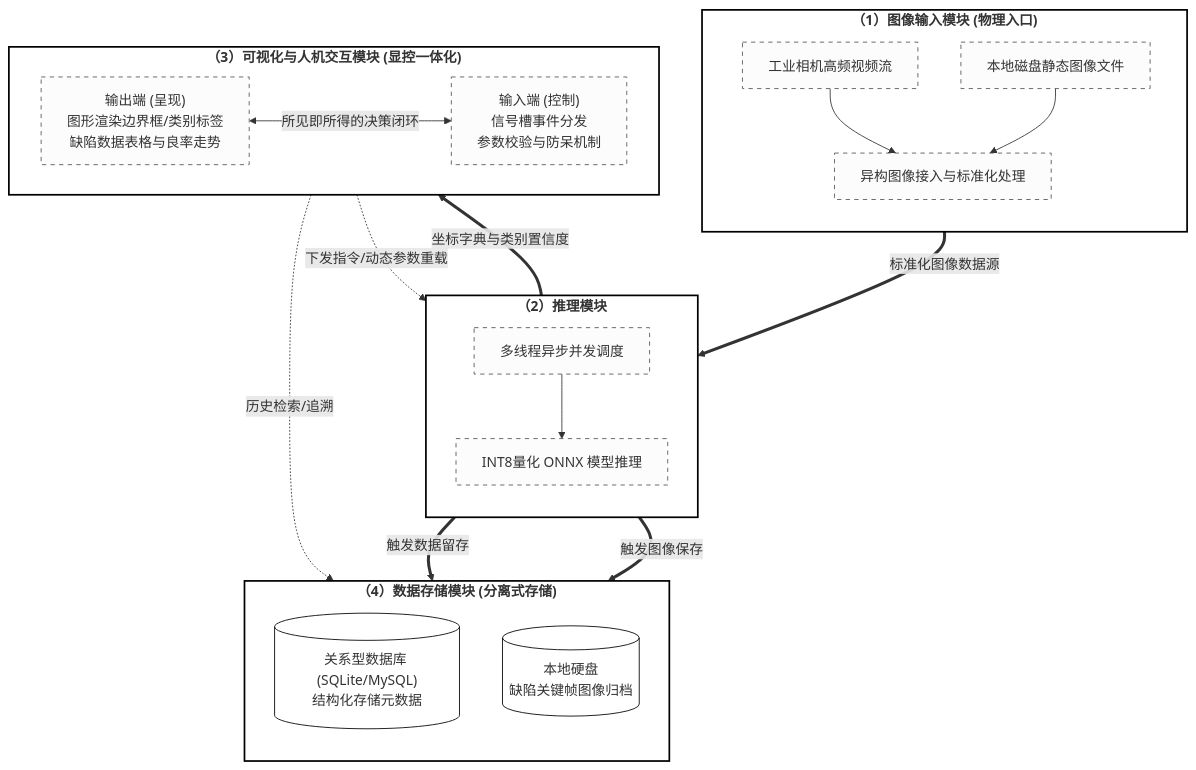
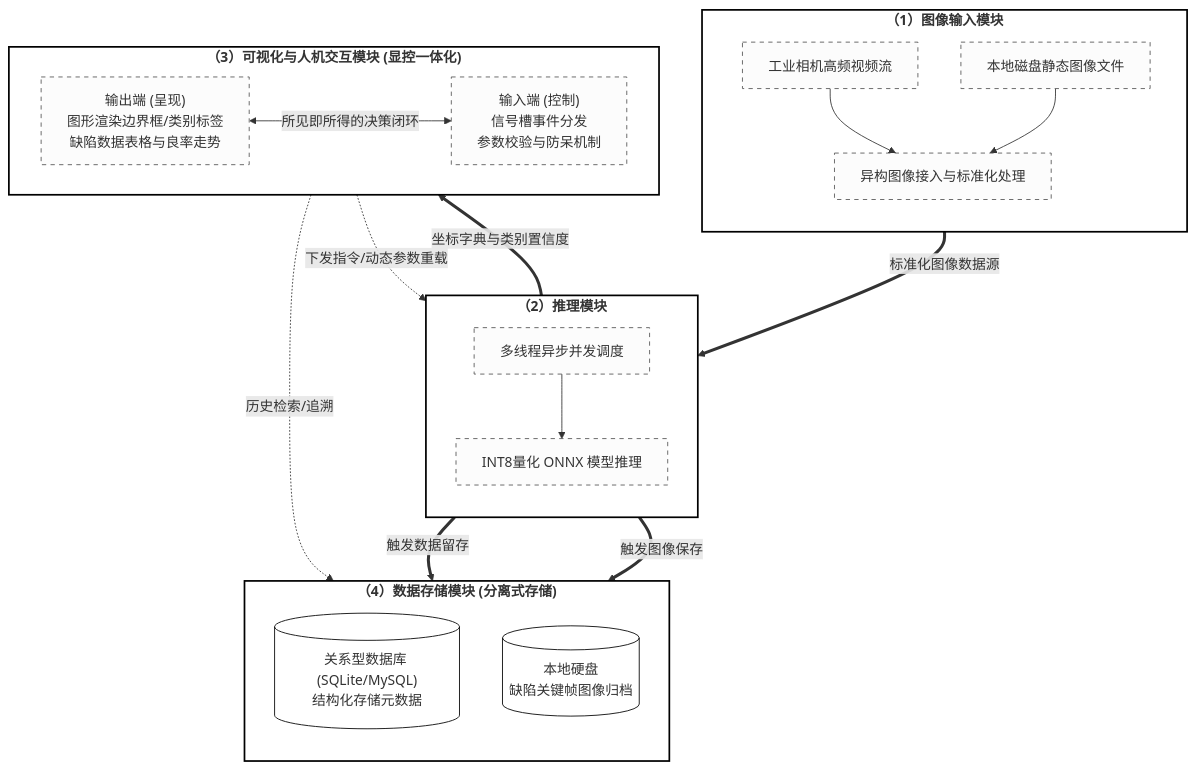
The diagram in all/未命名.md (MAOSHENGsong/iodraw-files), drawn with Mermaid before and after one commit.

Commit message:
2026-03-12 14:35:16 update

````diff
--- a/all/未命名.md
+++ b/all/未命名.md
@@ -1,52 +1,52 @@
 ```mermaid
 graph TD
     %% 整体样式设置：纯白背景，适合学术论文
     classDef mainModule fill:#ffffff,stroke:#000000,stroke-width:2px,font-weight:bold,font-size:16px;
     classDef subNode fill:#fcfcfc,stroke:#555555,stroke-width:1px,stroke-dasharray: 5 5;
     classDef dbNode fill:#ffffff,stroke:#000000,stroke-width:1px;
 
     %% 1. 图像输入模块
-    subgraph Module1["（1）图像输入模块 (物理入口)"]
+    subgraph Module1["（1）图像输入模块"]
         direction TB
         I1[工业相机高频视频流] --> I3[异构图像接入与标准化处理]
         I2[本地磁盘静态图像文件] --> I3
     end
 
     %% 2. 推理模块
-    subgraph Module2["（2）推理模块 "]
+    subgraph Module2["（2）推理模块"]
         direction TB
         R1[多线程异步并发调度] --> R2[INT8量化 ONNX 模型推理]
     end
 
     %% 3. 可视化与人机交互模块
     subgraph Module3["（3）可视化与人机交互模块 (显控一体化)"]
         direction LR
         V1["输出端 (呈现)<br>图形渲染边界框/类别标签<br>缺陷数据表格与良率走势"]
         V2["输入端 (控制)<br>信号槽事件分发<br>参数校验与防呆机制"]
         V1 <-->|所见即所得的决策闭环| V2
     end
 
     %% 4. 数据存储模块
     subgraph Module4["（4）数据存储模块 (分离式存储)"]
         direction TB
         S1[("关系型数据库 (SQLite/MySQL)<br>结构化存储元数据")]
         S2[("本地硬盘<br>缺陷关键帧图像归档")]
     end
 
     %% 模块间的数据流向 (连线)
     I3 == 标准化图像数据源 ==> R1
     
     R2 == "坐标字典与类别置信度" ==> V1
     V2 -. "下发指令/动态参数重载" .-> R1
     
     R2 == 触发数据留存 ==> S1
     R2 == 触发图像保存 ==> S2
     
     V1 -. 历史检索/追溯 .-> S1
 
     %% 应用样式
     class Module1,Module2,Module3,Module4 mainModule;
     class I1,I2,I3,R1,R2,V1,V2 subNode;
     class S1,S2 dbNode;
   
 ```
````
